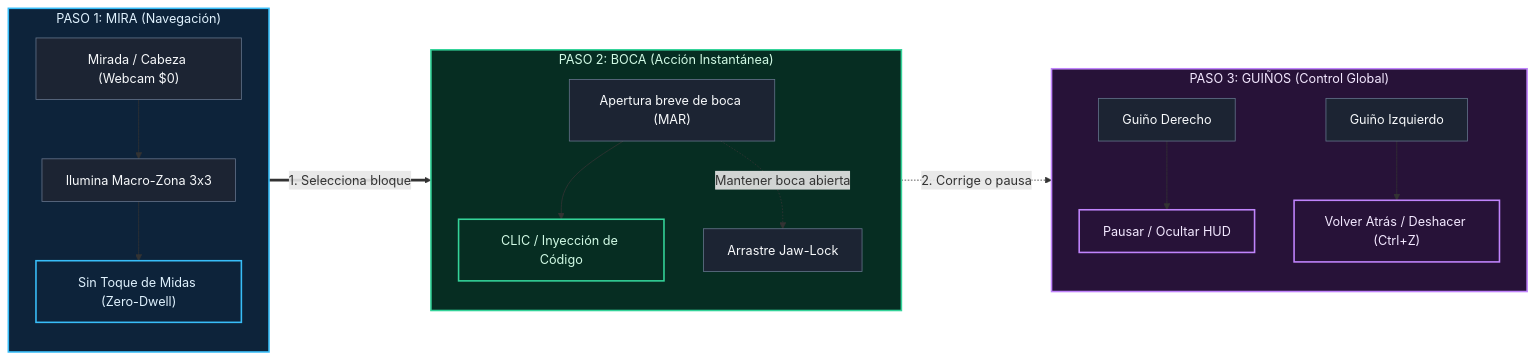
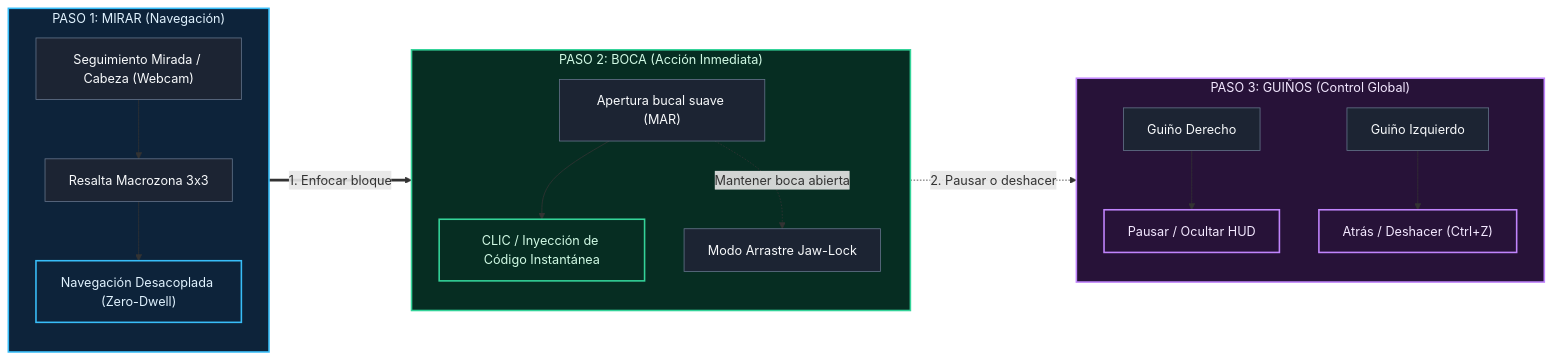
Before and after one commit to danicaju/IDEye: the diagram in README.es.md, drawn with Mermaid. The commit also changed other lines of this file and 1 other file, not shown here.

````diff
--- a/README.es.md
+++ b/README.es.md
@@ -57,32 +57,32 @@
 ```mermaid
 flowchart LR
     classDef step1 fill:#0d233a,stroke:#38bdf8,stroke-width:2px,color:#e0f2fe;
     classDef step2 fill:#062d22,stroke:#34d399,stroke-width:2px,color:#d1fae5;
     classDef step3 fill:#271238,stroke:#c084fc,stroke-width:2px,color:#f3e8ff;
     classDef actionNode fill:#1c2433,stroke:#64748b,stroke-width:1px,color:#f8fafc;
 
-    subgraph S1 ["PASO 1: MIRA (Navegación)"]
+    subgraph S1 ["PASO 1: MIRAR (Navegación)"]
         direction TB
-        A1["Mirada / Cabeza (Webcam $0)"]:::actionNode --> A2["Ilumina Macro-Zona 3x3"]:::actionNode
-        A2 --> A3["Sin Toque de Midas (Zero-Dwell)"]:::step1
+        A1["Seguimiento Mirada / Cabeza (Webcam)"]:::actionNode --> A2["Resalta Macrozona 3x3"]:::actionNode
+        A2 --> A3["Navegación Desacoplada (Zero-Dwell)"]:::step1
     end
 
-    subgraph S2 ["PASO 2: BOCA (Acción Instantánea)"]
+    subgraph S2 ["PASO 2: BOCA (Acción Inmediata)"]
         direction TB
-        B1["Apertura breve de boca (MAR)"]:::actionNode --> B2["CLIC / Inyección de Código"]:::step2
-        B1 -.->|"Mantener boca abierta"| B3["Arrastre Jaw-Lock"]:::actionNode
+        B1["Apertura bucal suave (MAR)"]:::actionNode --> B2["CLIC / Inyección de Código Instantánea"]:::step2
+        B1 -.->|"Mantener boca abierta"| B3["Modo Arrastre Jaw-Lock"]:::actionNode
     end
 
     subgraph S3 ["PASO 3: GUIÑOS (Control Global)"]
         direction TB
         C1["Guiño Derecho"]:::actionNode --> C2["Pausar / Ocultar HUD"]:::step3
-        C3["Guiño Izquierdo"]:::actionNode --> C4["Volver Atrás / Deshacer (Ctrl+Z)"]:::step3
+        C3["Guiño Izquierdo"]:::actionNode --> C4["Atrás / Deshacer (Ctrl+Z)"]:::step3
     end
 
-    S1 ==>|"1. Selecciona bloque"| S2
-    S2 -.->|"2. Corrige o pausa"| S3
+    S1 ==>|"1. Enfocar bloque"| S2
+    S2 -.->|"2. Pausar o deshacer"| S3
 
     class S1 step1;
     class S2 step2;
     class S3 step3;
 ```
````
